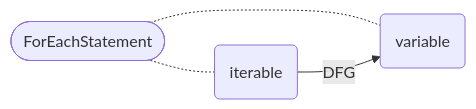
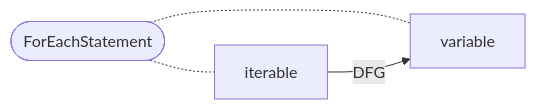
One commit to Fraunhofer-AISEC/cpg changed diagram 26 of 31 in cpg-core/specifications/dfg.md. Above: the diagram before and after it, drawn with Mermaid. The commit also changed other lines of this file and 1 other file, not shown here.

````diff
--- a/cpg-core/specifications/dfg.md
+++ b/cpg-core/specifications/dfg.md
@@ -412,6 +413,6 @@
 ```mermaid
   flowchart LR
-    node([ForEachStatement]) -.- variable(variable)
-    node -.- iterable(iterable)
+    node([ForEachStatement]) -.- variable[variable]
+    node -.- iterable[iterable]
     iterable -- DFG --> variable
   ```
````
